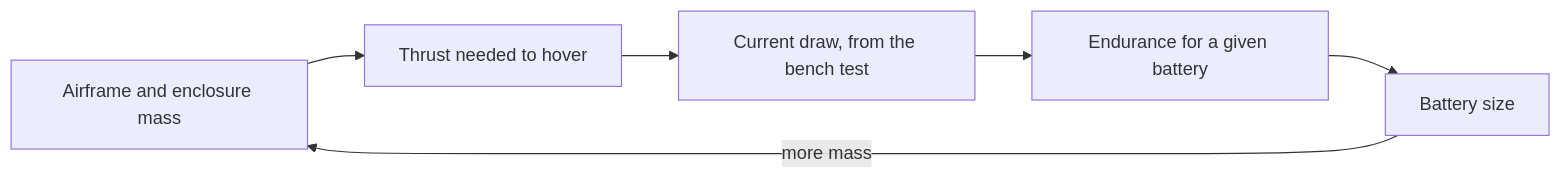
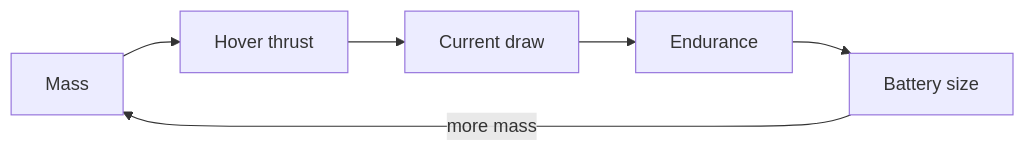
The diagram in README.md (chabodmasere/EGH450-Advanced-Uncrewed-Aircraft-Systems), drawn with Mermaid before and after one commit. The commit also changed other lines of this file and 1 other file, not shown here.

Commit message:
Fit part animations and subsystem diagram to the README width

````diff
--- a/README.md
+++ b/README.md
@@ -177,8 +177,8 @@
 ```mermaid
 flowchart LR
-    A["Airframe and enclosure mass"] --> B["Thrust needed to hover"]
-    B --> C["Current draw, from the bench test"]
-    C --> D["Endurance for a given battery"]
+    A["Mass"] --> B["Hover thrust"]
+    B --> C["Current draw"]
+    C --> D["Endurance"]
     D --> E["Battery size"]
     E -->|"more mass"| A
 ```
````
